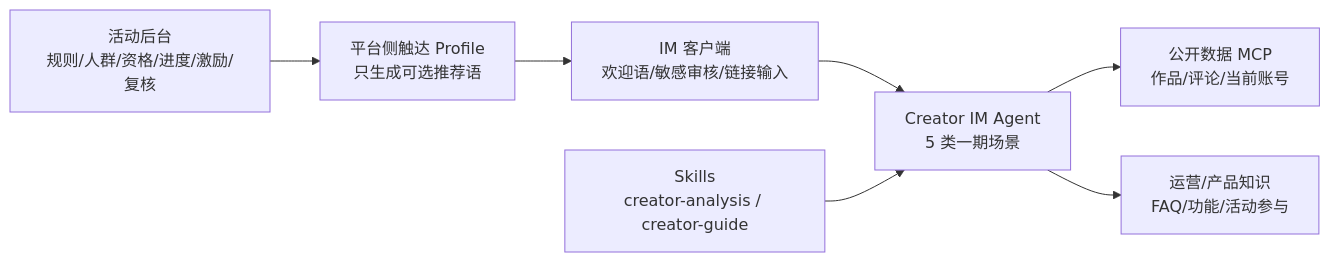
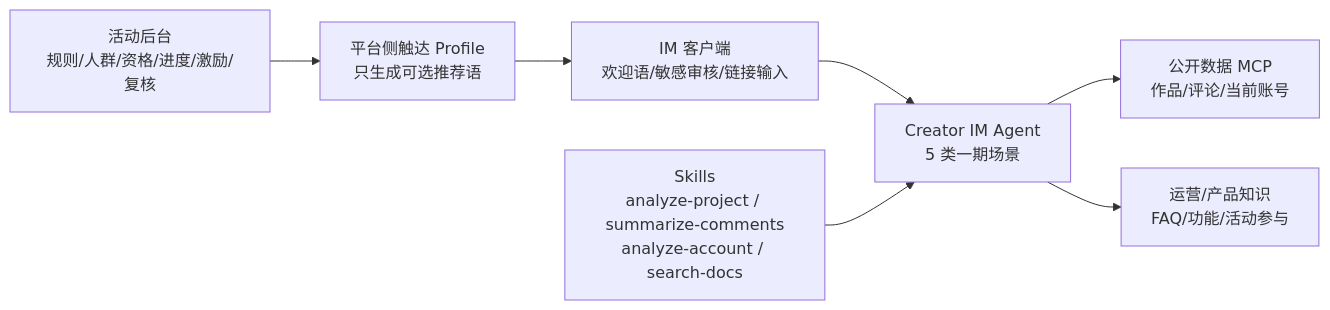
The diagram in docs/CREATOR-SUPPORT-ARCHITECTURE.md (seedleap/ops-assistant-agent), drawn with Mermaid before and after one commit. The commit also changed other lines of this file and 37 other files, not shown here.

````diff
--- a/docs/CREATOR-SUPPORT-ARCHITECTURE.md
+++ b/docs/CREATOR-SUPPORT-ARCHITECTURE.md
@@ -17,17 +17,17 @@
 ```mermaid
 flowchart LR
     CLIENT["IM 客户端<br/>欢迎语/敏感审核/链接输入"]
     AGENT["Creator IM Agent<br/>5 类一期场景"]
-    SKILLS["Skills<br/>creator-analysis / creator-guide"]
+    SKILLS["Skills<br/>analyze-project / summarize-comments<br/>analyze-account / search-docs"]
     DATA["公开数据 MCP<br/>作品/评论/当前账号"]
     DOCS["运营/产品知识<br/>FAQ/功能/活动参与"]
     ACTIVITY["活动后台<br/>规则/人群/资格/进度/激励/复核"]
     OUTREACH["平台侧触达 Profile<br/>只生成可选推荐语"]
 
     CLIENT --> AGENT
     SKILLS --> AGENT
     AGENT --> DATA
     AGENT --> DOCS
     ACTIVITY --> OUTREACH
     OUTREACH --> CLIENT
 ```
````
